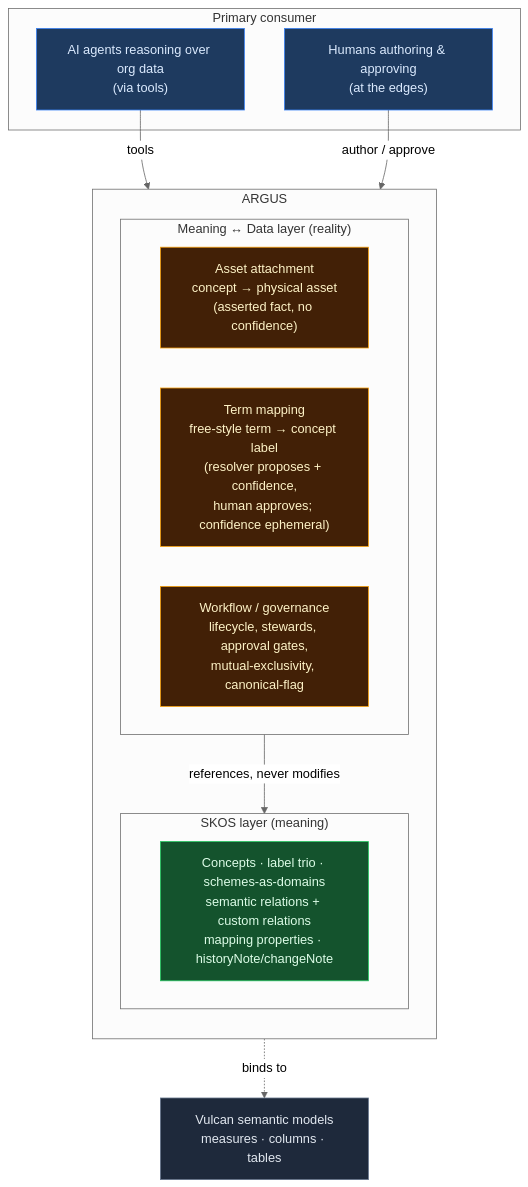
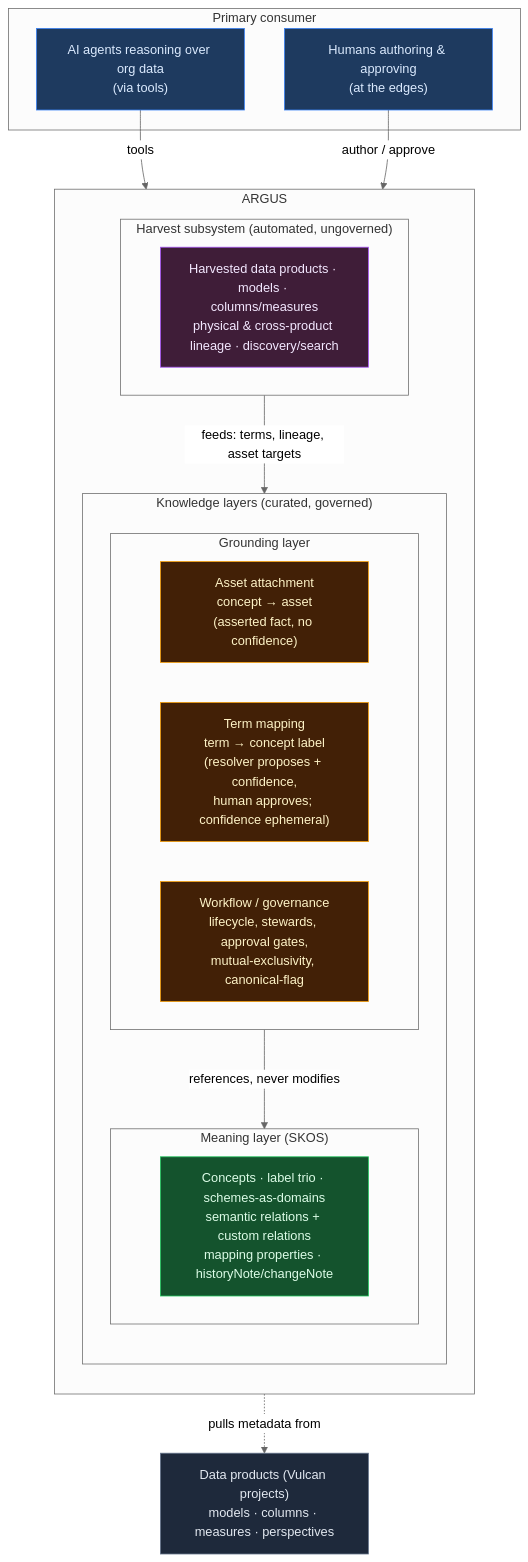
One commit to tmdc-io/whitepapers changed the first of 14 diagrams in _internal/argus/skos-reference-and-argus.md. Above: the diagram before and after it, drawn with Mermaid (neutral theme). The commit also changed other lines of this file and 1 other file, not shown here.

Commit message:
1/ Argus draft -> harvest spec

````diff
--- a/_internal/argus/skos-reference-and-argus.md
+++ b/_internal/argus/skos-reference-and-argus.md
@@ -42,33 +48,42 @@
 ```mermaid
 graph TD
     subgraph AGENTS["Primary consumer"]
         AG["AI agents reasoning over org data<br/>(via tools)"]
         HU["Humans authoring &amp; approving<br/>(at the edges)"]
     end
 
     subgraph ARGUS["ARGUS"]
         direction TB
-        subgraph L2["Meaning ↔ Data layer (reality)"]
-            BIND["Asset attachment<br/>concept → physical asset<br/>(asserted fact, no confidence)"]
-            MAP["Term mapping<br/>free-style term → concept label<br/>(resolver proposes + confidence,<br/>human approves; confidence ephemeral)"]
-            WF["Workflow / governance<br/>lifecycle, stewards, approval gates,<br/>mutual-exclusivity, canonical-flag"]
+        subgraph KNOW["Knowledge layers (curated, governed)"]
+            direction TB
+            subgraph L2["Grounding layer"]
+                BIND["Asset attachment<br/>concept → asset<br/>(asserted fact, no confidence)"]
+                MAP["Term mapping<br/>term → concept label<br/>(resolver proposes + confidence,<br/>human approves; confidence ephemeral)"]
+                WF["Workflow / governance<br/>lifecycle, stewards, approval gates,<br/>mutual-exclusivity, canonical-flag"]
+            end
+            subgraph L1["Meaning layer (SKOS)"]
+                SK["Concepts · label trio · schemes-as-domains<br/>semantic relations + custom relations<br/>mapping properties · historyNote/changeNote"]
+            end
+            L2 -->|references, never modifies| L1
         end
-        subgraph L1["SKOS layer (meaning)"]
-            SK["Concepts · label trio · schemes-as-domains<br/>semantic relations + custom relations<br/>mapping properties · historyNote/changeNote"]
+        subgraph HARVEST["Harvest subsystem (automated, ungoverned)"]
+            HV["Harvested data products · models · columns/measures<br/>physical &amp; cross-product lineage · discovery/search"]
         end
-        L2 -->|references, never modifies| L1
+        HARVEST -->|"feeds: terms, lineage, asset targets"| KNOW
     end
 
     AG -->|tools| ARGUS
     HU -->|author / approve| ARGUS
-    L2 -.->|binds to| DATA["Vulcan semantic models<br/>measures · columns · tables"]
+    HARVEST -.->|pulls metadata from| DATA["Data products (Vulcan projects)<br/>models · columns · measures · perspectives"]
 
     classDef agents fill:#1e3a5f,stroke:#3b82f6,color:#dbeafe;
     classDef l2 fill:#422006,stroke:#f59e0b,color:#fef3c7;
     classDef l1 fill:#14532d,stroke:#22c55e,color:#dcfce7;
+    classDef harvest fill:#3f1d38,stroke:#a855f7,color:#f3e8ff;
     classDef data fill:#1e293b,stroke:#64748b,color:#e2e8f0;
     class AG,HU agents;
     class BIND,MAP,WF l2;
     class SK l1;
+    class HV harvest;
     class DATA data;
 ```
````
